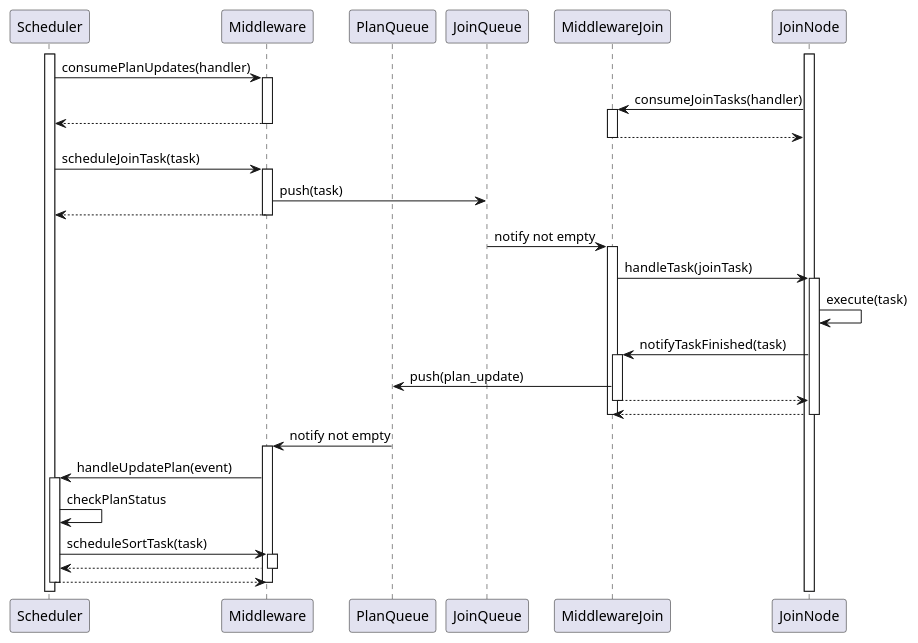
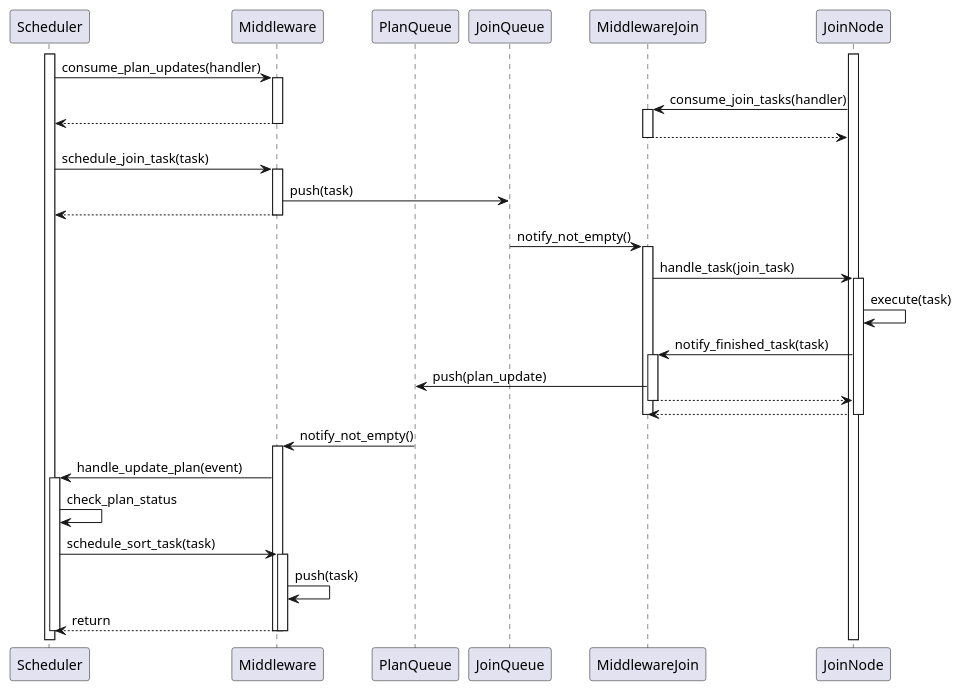
One commit to SebastianVintonuke/TA050-TP-Design changed the diagram in src/seq/seq_task_communication.puml. Above: the diagram before and after it, drawn with PlantUML. The commit also changed 6 other files, not shown here.

Commit message:
fix in secuence diagrams typo

```diff
--- a/src/seq/seq_task_communication.puml
+++ b/src/seq/seq_task_communication.puml
@@ -1,66 +1,66 @@
 @startuml
 
 participant Scheduler
 participant Middleware
 participant PlanQueue
 participant JoinQueue
 participant MiddlewareJoin
 participant JoinNode
 activate JoinNode
 activate Scheduler
 
-Scheduler-> Middleware : consumePlanUpdates(handler)
+Scheduler-> Middleware : consume_plan_updates(handler)
 activate Middleware
-JoinNode-> MiddlewareJoin : consumeJoinTasks(handler)
+JoinNode-> MiddlewareJoin : consume_join_tasks(handler)
 activate MiddlewareJoin
 Middleware-->Scheduler: 
 deactivate Middleware
 
 MiddlewareJoin-->JoinNode: 
 deactivate MiddlewareJoin
 
-Scheduler-> Middleware : scheduleJoinTask(task)
+Scheduler-> Middleware : schedule_join_task(task)
 activate Middleware
 
 Middleware -> JoinQueue: push(task)
 
 Middleware-->Scheduler: 
 deactivate Middleware
 
-JoinQueue -> MiddlewareJoin: notify not empty
+JoinQueue -> MiddlewareJoin: notify_not_empty()
 activate MiddlewareJoin
 
-MiddlewareJoin -> JoinNode : handleTask(joinTask)
+MiddlewareJoin -> JoinNode : handle_task(join_task)
 activate JoinNode
 
 JoinNode->JoinNode: execute(task)
 
-JoinNode->MiddlewareJoin: notifyTaskFinished(task)
+JoinNode->MiddlewareJoin: notify_finished_task(task)
 activate MiddlewareJoin
 MiddlewareJoin -> PlanQueue: push(plan_update)
-MiddlewareJoin --> JoinNode:
+MiddlewareJoin --> JoinNode: 
 deactivate MiddlewareJoin
 
 JoinNode --> MiddlewareJoin: 
 deactivate JoinNode
 deactivate MiddlewareJoin
 
 
-PlanQueue -> Middleware: notify not empty
+PlanQueue -> Middleware: notify_not_empty()
 activate Middleware
 
-Middleware->Scheduler: handleUpdatePlan(event)
+Middleware->Scheduler: handle_update_plan(event)
 activate Scheduler
-Scheduler->Scheduler: checkPlanStatus
+Scheduler->Scheduler: check_plan_status
 
-Scheduler-> Middleware : scheduleSortTask(task)
+Scheduler-> Middleware: schedule_sort_task(task)
 activate Middleware
-Middleware-->Scheduler
+Middleware -> Middleware: push(task)
+Middleware-->Scheduler: return
 deactivate Middleware
-Scheduler --> Middleware
 deactivate Middleware
 deactivate Scheduler
 
 
 
 @enduml
```
